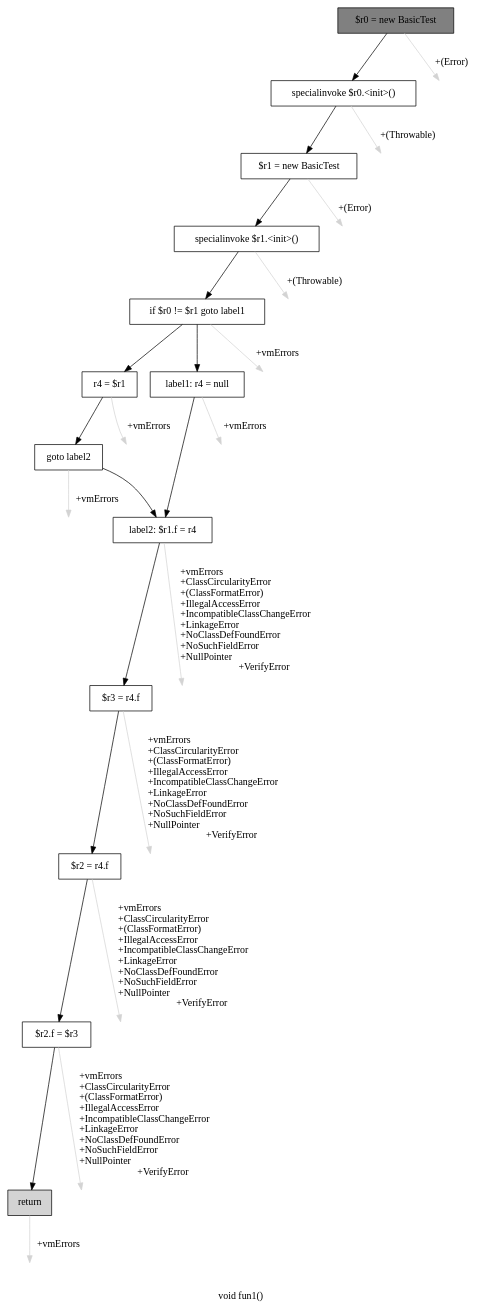
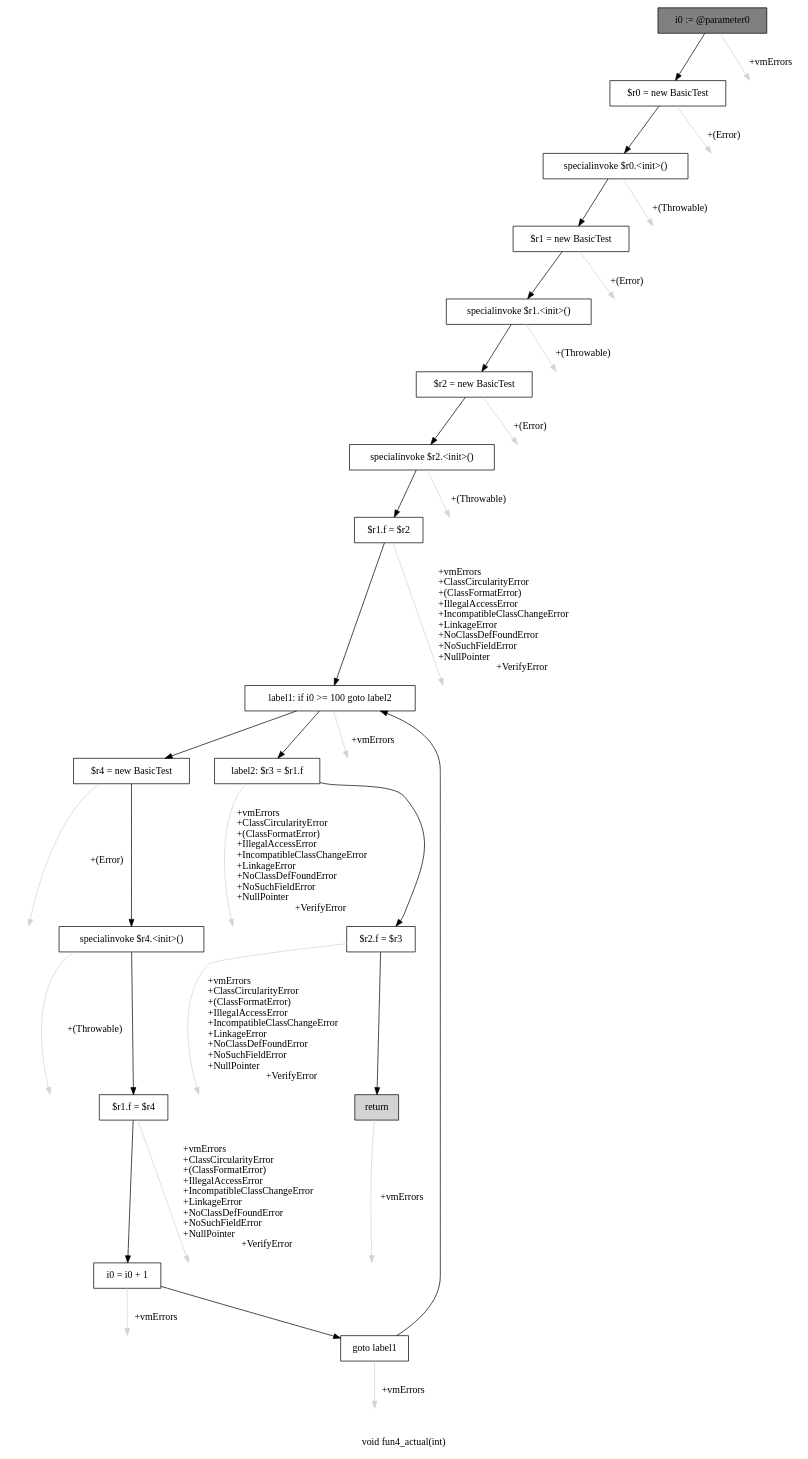
The diagram in cfg.dot (gourishankerJK/DeReference-Pointer-Analysis), drawn with Graphviz before and after one commit. The commit also changed 7 other files, not shown here.

```diff
--- a/cfg.dot
+++ b/cfg.dot
@@ -1,56 +1,72 @@
-digraph "void fun1()" {
-    label="void fun1()";
+digraph "void fun4_actual(int)" {
+    label="void fun4_actual(int)";
     node [shape=box];
-    "0" [style=filled,fillcolor=gray,label="$r0 = new BasicTest",];
-    "1" [label="specialinvoke $r0.<init>()",];
+    "0" [style=filled,fillcolor=gray,label="i0 := @parameter0",];
+    "1" [label="$r0 = new BasicTest",];
     "0"->"1" [color=black,];
-    "13" [style=invis,label="Esc",];
-    "0"->"13" [color=lightgray,label="\l+(Error)",];
-    "2" [label="$r1 = new BasicTest",];
+    "17" [style=invis,label="Esc",];
+    "0"->"17" [color=lightgray,label="\l+vmErrors",];
+    "2" [label="specialinvoke $r0.<init>()",];
     "1"->"2" [color=black,];
-    "14" [style=invis,label="Esc",];
-    "1"->"14" [color=lightgray,label="\l+(Throwable)",];
-    "3" [label="specialinvoke $r1.<init>()",];
+    "18" [style=invis,label="Esc",];
+    "1"->"18" [color=lightgray,label="\l+(Error)",];
+    "3" [label="$r1 = new BasicTest",];
     "2"->"3" [color=black,];
-    "15" [style=invis,label="Esc",];
-    "2"->"15" [color=lightgray,label="\l+(Error)",];
-    "4" [label="if $r0 != $r1 goto label1",];
+    "19" [style=invis,label="Esc",];
+    "2"->"19" [color=lightgray,label="\l+(Throwable)",];
+    "4" [label="specialinvoke $r1.<init>()",];
     "3"->"4" [color=black,];
-    "16" [style=invis,label="Esc",];
-    "3"->"16" [color=lightgray,label="\l+(Throwable)",];
-    "5" [label="r4 = $r1",];
+    "20" [style=invis,label="Esc",];
+    "3"->"20" [color=lightgray,label="\l+(Error)",];
+    "5" [label="$r2 = new BasicTest",];
     "4"->"5" [color=black,];
-    "7" [label="label1: r4 = null",];
-    "4"->"7" [color=black,];
-    "17" [style=invis,label="Esc",];
-    "4"->"17" [color=lightgray,label="\l+vmErrors",];
-    "6" [label="goto label2",];
+    "21" [style=invis,label="Esc",];
+    "4"->"21" [color=lightgray,label="\l+(Throwable)",];
+    "6" [label="specialinvoke $r2.<init>()",];
     "5"->"6" [color=black,];
-    "18" [style=invis,label="Esc",];
-    "5"->"18" [color=lightgray,label="\l+vmErrors",];
-    "8" [label="label2: $r1.f = r4",];
-    "6"->"8" [color=black,];
-    "19" [style=invis,label="Esc",];
-    "6"->"19" [color=lightgray,label="\l+vmErrors",];
+    "22" [style=invis,label="Esc",];
+    "5"->"22" [color=lightgray,label="\l+(Error)",];
+    "7" [label="$r1.f = $r2",];
+    "6"->"7" [color=black,];
+    "23" [style=invis,label="Esc",];
+    "6"->"23" [color=lightgray,label="\l+(Throwable)",];
+    "8" [label="label1: if i0 >= 100 goto label2",];
     "7"->"8" [color=black,];
-    "20" [style=invis,label="Esc",];
-    "7"->"20" [color=lightgray,label="\l+vmErrors",];
-    "9" [label="$r3 = r4.f",];
+    "24" [style=invis,label="Esc",];
+    "7"->"24" [color=lightgray,label="\l+vmErrors\l+ClassCircularityError\l+(ClassFormatError)\l+IllegalAccessError\l+IncompatibleClassChangeError\l+LinkageError\l+NoClassDefFoundError\l+NoSuchFieldError\l+NullPointer\l+VerifyError",];
+    "9" [label="$r4 = new BasicTest",];
     "8"->"9" [color=black,];
-    "21" [style=invis,label="Esc",];
-    "8"->"21" [color=lightgray,label="\l+vmErrors\l+ClassCircularityError\l+(ClassFormatError)\l+IllegalAccessError\l+IncompatibleClassChangeError\l+LinkageError\l+NoClassDefFoundError\l+NoSuchFieldError\l+NullPointer\l+VerifyError",];
-    "10" [label="$r2 = r4.f",];
+    "14" [label="label2: $r3 = $r1.f",];
+    "8"->"14" [color=black,];
+    "25" [style=invis,label="Esc",];
+    "8"->"25" [color=lightgray,label="\l+vmErrors",];
+    "10" [label="specialinvoke $r4.<init>()",];
     "9"->"10" [color=black,];
-    "22" [style=invis,label="Esc",];
-    "9"->"22" [color=lightgray,label="\l+vmErrors\l+ClassCircularityError\l+(ClassFormatError)\l+IllegalAccessError\l+IncompatibleClassChangeError\l+LinkageError\l+NoClassDefFoundError\l+NoSuchFieldError\l+NullPointer\l+VerifyError",];
-    "11" [label="$r2.f = $r3",];
+    "26" [style=invis,label="Esc",];
+    "9"->"26" [color=lightgray,label="\l+(Error)",];
+    "11" [label="$r1.f = $r4",];
     "10"->"11" [color=black,];
-    "23" [style=invis,label="Esc",];
-    "10"->"23" [color=lightgray,label="\l+vmErrors\l+ClassCircularityError\l+(ClassFormatError)\l+IllegalAccessError\l+IncompatibleClassChangeError\l+LinkageError\l+NoClassDefFoundError\l+NoSuchFieldError\l+NullPointer\l+VerifyError",];
-    "12" [style=filled,fillcolor=lightgray,label="return",];
+    "27" [style=invis,label="Esc",];
+    "10"->"27" [color=lightgray,label="\l+(Throwable)",];
+    "12" [label="i0 = i0 + 1",];
     "11"->"12" [color=black,];
-    "24" [style=invis,label="Esc",];
-    "11"->"24" [color=lightgray,label="\l+vmErrors\l+ClassCircularityError\l+(ClassFormatError)\l+IllegalAccessError\l+IncompatibleClassChangeError\l+LinkageError\l+NoClassDefFoundError\l+NoSuchFieldError\l+NullPointer\l+VerifyError",];
-    "25" [style=invis,label="Esc",];
-    "12"->"25" [color=lightgray,label="\l+vmErrors",];
+    "28" [style=invis,label="Esc",];
+    "11"->"28" [color=lightgray,label="\l+vmErrors\l+ClassCircularityError\l+(ClassFormatError)\l+IllegalAccessError\l+IncompatibleClassChangeError\l+LinkageError\l+NoClassDefFoundError\l+NoSuchFieldError\l+NullPointer\l+VerifyError",];
+    "13" [label="goto label1",];
+    "12"->"13" [color=black,];
+    "29" [style=invis,label="Esc",];
+    "12"->"29" [color=lightgray,label="\l+vmErrors",];
+    "13"->"8" [color=black,];
+    "30" [style=invis,label="Esc",];
+    "13"->"30" [color=lightgray,label="\l+vmErrors",];
+    "15" [label="$r2.f = $r3",];
+    "14"->"15" [color=black,];
+    "31" [style=invis,label="Esc",];
+    "14"->"31" [color=lightgray,label="\l+vmErrors\l+ClassCircularityError\l+(ClassFormatError)\l+IllegalAccessError\l+IncompatibleClassChangeError\l+LinkageError\l+NoClassDefFoundError\l+NoSuchFieldError\l+NullPointer\l+VerifyError",];
+    "16" [style=filled,fillcolor=lightgray,label="return",];
+    "15"->"16" [color=black,];
+    "32" [style=invis,label="Esc",];
+    "15"->"32" [color=lightgray,label="\l+vmErrors\l+ClassCircularityError\l+(ClassFormatError)\l+IllegalAccessError\l+IncompatibleClassChangeError\l+LinkageError\l+NoClassDefFoundError\l+NoSuchFieldError\l+NullPointer\l+VerifyError",];
+    "33" [style=invis,label="Esc",];
+    "16"->"33" [color=lightgray,label="\l+vmErrors",];
 }
```
